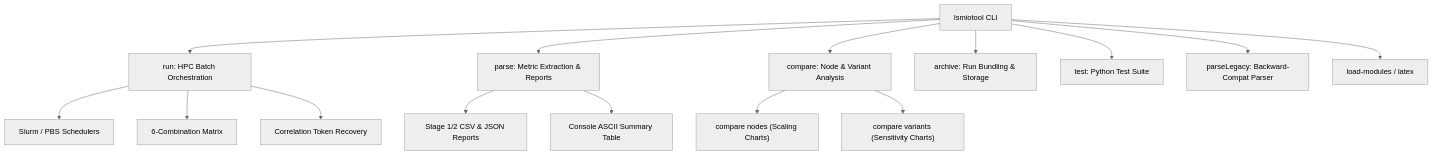
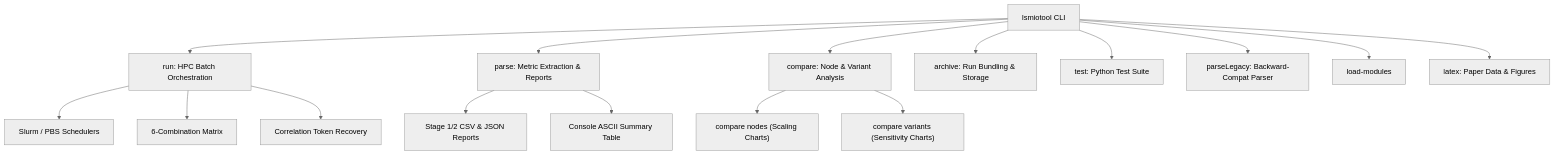
One commit to tybulut/lsmio changed the diagram in tools/README.md. Above: the diagram before and after it, drawn with Mermaid (neutral theme). The commit also changed other lines of this file and 67 other files, not shown here.

````diff
--- a/tools/README.md
+++ b/tools/README.md
@@ -127,20 +127,21 @@
 ```mermaid
 graph TD
     CLI["lsmiotool CLI"] --> RUN["run: HPC Batch Orchestration"]
     CLI --> PARSE["parse: Metric Extraction & Reports"]
     CLI --> COMPARE["compare: Node & Variant Analysis"]
     CLI --> ARCHIVE["archive: Run Bundling & Storage"]
     CLI --> TEST["test: Python Test Suite"]
     CLI --> LEGACY["parseLegacy: Backward-Compat Parser"]
-    CLI --> ENV["load-modules / latex"]
+    CLI --> ENV["load-modules"]
+    CLI --> LATEX["latex: Paper Data & Figures"]
 
     RUN --> SCHED["Slurm / PBS Schedulers"]
     RUN --> MATRIX["6-Combination Matrix"]
     RUN --> RECOVERY["Correlation Token Recovery"]
 
     PARSE --> REPORTS["Stage 1/2 CSV & JSON Reports"]
     PARSE --> ASCII["Console ASCII Summary Table"]
 
     COMPARE --> PLOT_NODES["compare nodes (Scaling Charts)"]
     COMPARE --> PLOT_VAR["compare variants (Sensitivity Charts)"]
 ```
````
